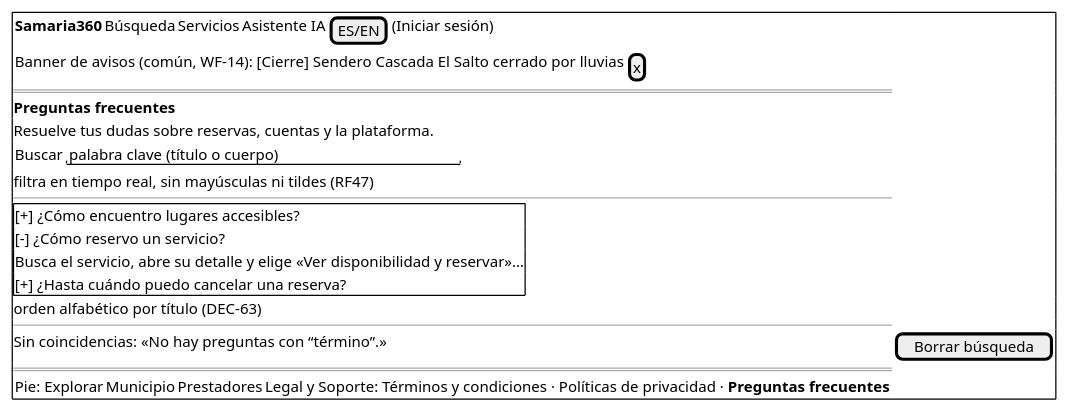
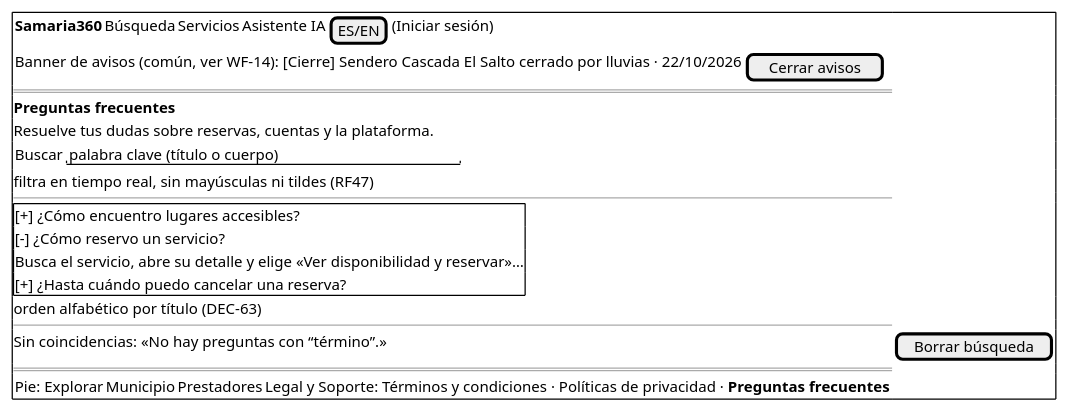
Before and after one commit to Al3jooo/SM_Tours_Aplication: the first of 4 diagrams in docs/wireframes/WF-13-preguntas-frecuentes.puml, drawn with PlantUML. The commit also changed 48 other files, not shown here.

First line of the commit message:
feat(frontend): contenido público — FAQ, banner de avisos y términos (RF26, RF47, RF40, RF46)

```diff
--- a/docs/wireframes/WF-13-preguntas-frecuentes.puml
+++ b/docs/wireframes/WF-13-preguntas-frecuentes.puml
@@ -5,23 +5,23 @@
 @startsalt
 {+
 { <b>Samaria360 | Búsqueda | Servicios | Asistente IA | [ES/EN] | (Iniciar sesión) }
-{ Banner de avisos (común, WF-14): [Cierre] Sendero Cascada El Salto cerrado por lluvias | [x] }
+{ Banner de avisos (común, ver WF-14): [Cierre] Sendero Cascada El Salto cerrado por lluvias · 22/10/2026 | [Cerrar avisos] }
 ==
 <b>Preguntas frecuentes
 Resuelve tus dudas sobre reservas, cuentas y la plataforma.
 { Buscar | "palabra clave (título o cuerpo)        " }
 filtra en tiempo real, sin mayúsculas ni tildes (RF47)
 --
 {+
 [+] ¿Cómo encuentro lugares accesibles?
 [-] ¿Cómo reservo un servicio?
     Busca el servicio, abre su detalle y elige «Ver disponibilidad y reservar»…
 [+] ¿Hasta cuándo puedo cancelar una reserva?
 }
 orden alfabético por título (DEC-63)
 --
 Sin coincidencias: «No hay preguntas con “término”.» | [Borrar búsqueda]
 ==
 { Pie: Explorar | Municipio | Prestadores | Legal y Soporte: Términos y condiciones · Políticas de privacidad · <b>Preguntas frecuentes }
 }
 @endsalt
```
